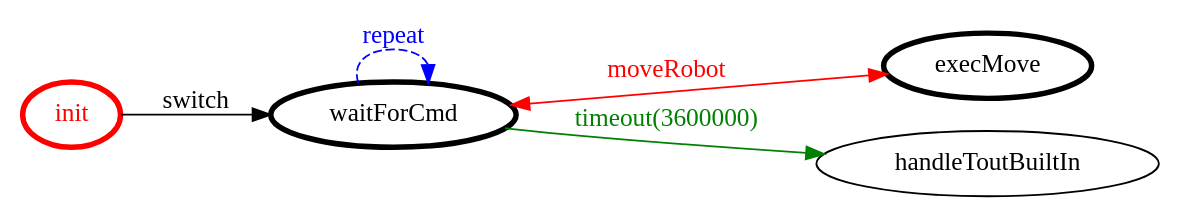
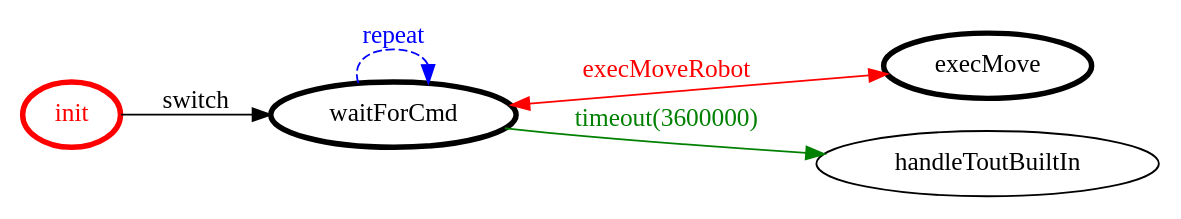
One commit to AlessandroStaffolani/robot-cleaner changed the diagram in it.unibo.project/srcMore/it/unibo/robotexecutor/robotexecutor.gv. Above: the diagram before and after it, drawn with Graphviz. The commit also changed 21 other files, not shown here.

```diff
--- a/it.unibo.project/srcMore/it/unibo/robotexecutor/robotexecutor.gv
+++ b/it.unibo.project/srcMore/it/unibo/robotexecutor/robotexecutor.gv
@@ -1,20 +1,20 @@
 /*
 *
 * A GraphViz DOT FSM description 
 * Please use a GraphViz visualizer (like http://www.webgraphviz.com)
 *  
 */
 
 digraph finite_state_machine {
 	rankdir=LR
 	size="8,5"
 	
 	init [ color = red ][ fontcolor = red ][ penwidth = 3 ]
 	execMove [ color = black ][ fontcolor = black ][ penwidth = 3 ]
 	waitForCmd [ color = black ][ fontcolor = black ][ penwidth = 3 ]
 	
 	waitForCmd -> handleToutBuiltIn [ label = "timeout(3600000)" ][ color = green ][ fontcolor = green ]
-	waitForCmd -> execMove [ label = "moveRobot" ][ color = red ][ fontcolor = red ][ dir = both ]
+	waitForCmd -> execMove [ label = "execMoveRobot" ][ color = red ][ fontcolor = red ][ dir = both ]
 	init -> waitForCmd [ label = "switch" ][ color = black ][ fontcolor = black ]
 	waitForCmd -> waitForCmd [ label = "repeat "][ style = dashed ][ color = blue ][ fontcolor = blue ]
 }
```
